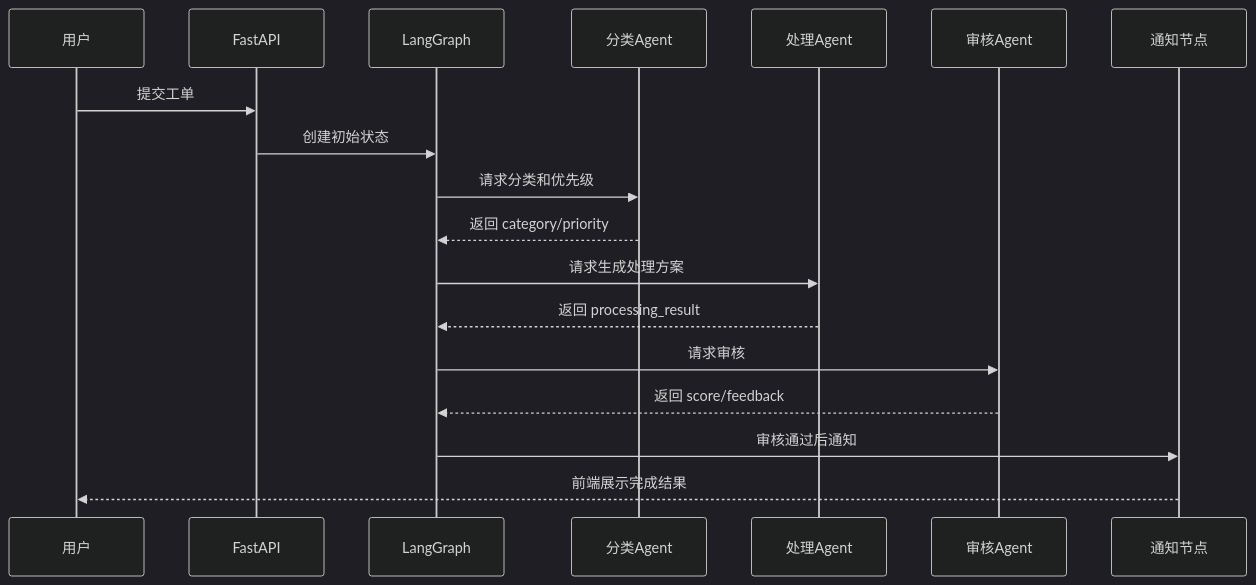
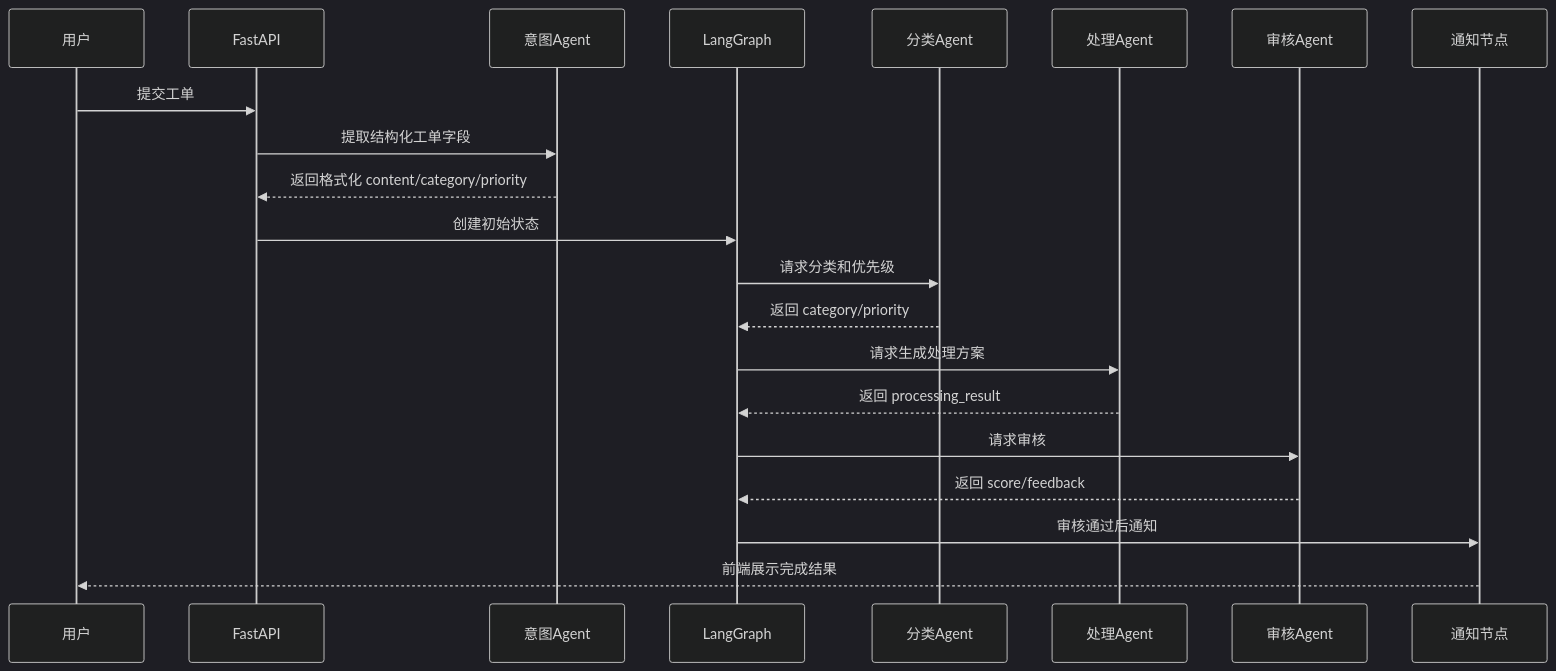
One commit to ArtLjn/AgentDesk changed the diagram in docs/design-spec/01_正式设计/03_Agent角色与职责设计.md. Above: the diagram before and after it, drawn with Mermaid (dark theme). The commit also changed other lines of this file and 23 other files, not shown here.

````diff
--- a/docs/design-spec/01_正式设计/03_Agent角色与职责设计.md
+++ b/docs/design-spec/01_正式设计/03_Agent角色与职责设计.md
@@ -84,21 +102,24 @@
 ```mermaid
 sequenceDiagram
     participant U as 用户
     participant API as FastAPI
+    participant I as 意图Agent
     participant G as LangGraph
     participant C as 分类Agent
     participant P as 处理Agent
     participant R as 审核Agent
     participant N as 通知节点
 
     U->>API: 提交工单
+    API->>I: 提取结构化工单字段
+    I-->>API: 返回格式化 content/category/priority
     API->>G: 创建初始状态
     G->>C: 请求分类和优先级
     C-->>G: 返回 category/priority
     G->>P: 请求生成处理方案
     P-->>G: 返回 processing_result
     G->>R: 请求审核
     R-->>G: 返回 score/feedback
     G->>N: 审核通过后通知
     N-->>U: 前端展示完成结果
 ```
````
